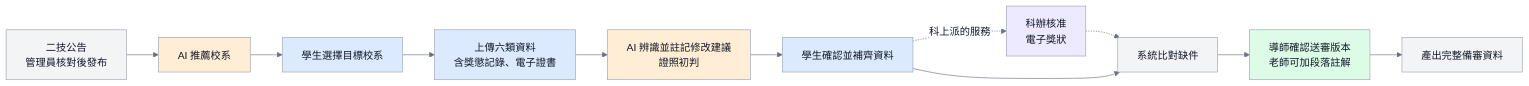
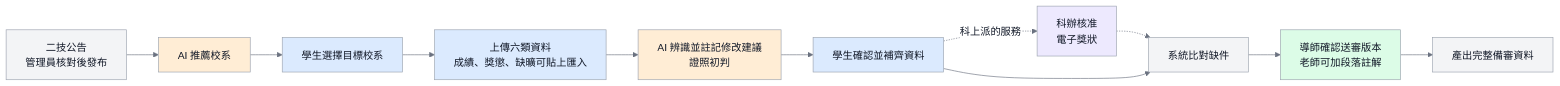
Before and after one commit to vujhdcusa/1028: the diagram in docs/images/D-15-report-overview.mmd, drawn with Mermaid. The commit also changed 56 other files, not shown here.

First line of the commit message:
規格書依 10-10 定案大改：功能確認總表 10-10 版、圖號從頭重排、新增學校資料匯入與官網資料來源流程圖、ERD 拆三張；微學分與帳號密碼更正

```diff
--- a/docs/images/D-15-report-overview.mmd
+++ b/docs/images/D-15-report-overview.mmd
@@ -1,19 +1,19 @@
 %%{init: {'theme':'base','themeVariables': {'fontFamily':'Microsoft JhengHei, Noto Sans TC, Arial, sans-serif','primaryColor':'#F3F4F6','primaryTextColor':'#111827','primaryBorderColor':'#9CA3AF','lineColor':'#6B7280','edgeLabelBackground':'#FFFFFF'},'flowchart':{'wrappingWidth':400}}}%%
 flowchart LR
     classDef student fill:#DBEAFE,stroke:#9CA3AF,color:#111827,stroke-width:1px;
     classDef system fill:#F3F4F6,stroke:#9CA3AF,color:#111827,stroke-width:1px;
     classDef teacher fill:#DCFCE7,stroke:#9CA3AF,color:#111827,stroke-width:1px;
     classDef staff fill:#EDE9FE,stroke:#9CA3AF,color:#111827,stroke-width:1px;
     classDef ai fill:#FFEDD5,stroke:#9CA3AF,color:#111827,stroke-width:1px;
 
     Notice[二技公告<br/>管理員核對後發布]:::system --> Recommend
     Recommend[AI 推薦校系]:::ai --> Target[學生選擇目標校系]:::student
-    Target --> Upload[上傳六類資料<br/>含獎懲記錄、電子證書]:::student
+    Target --> Upload[上傳六類資料<br/>成績、獎懲、缺曠可貼上匯入]:::student
     Upload --> Check[AI 辨識並註記修改建議<br/>證照初判]:::ai
     Check --> Confirm[學生確認並補齊資料]:::student
     Confirm -.科上派的服務.-> Staff[科辦核准<br/>電子獎狀]:::staff
     Staff -.-> Core
     Confirm --> Core[系統比對缺件]:::system
     Core --> Teacher
     Teacher[導師確認送審版本<br/>老師可加段落註解]:::teacher
     Teacher --> Output[產出完整備審資料]:::system
```
